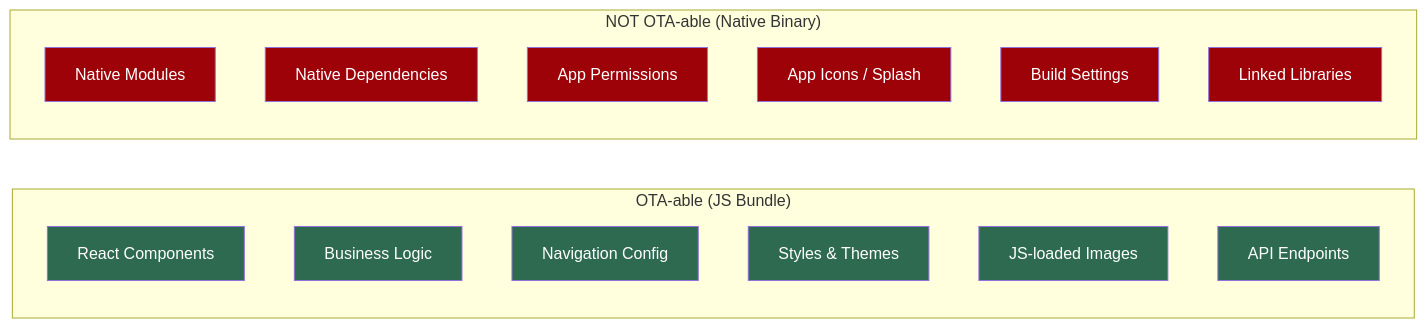
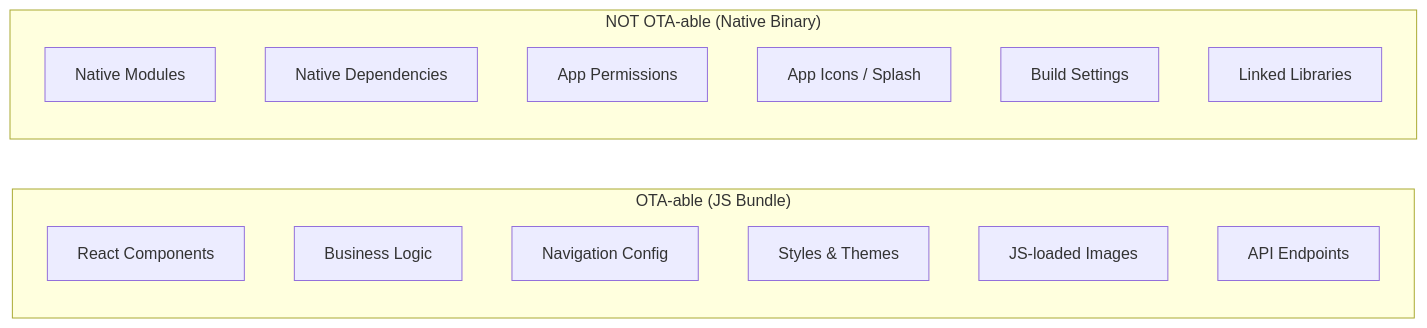
The fourth of 9 diagrams in arguments/chapters/rn-19-ota-updates.md (BabaScience/react-guides), drawn with Mermaid before and after one commit. The commit also changed other lines of this file and 63 other files, not shown here.

First line of the commit message:
Enrich React Native roadmap with deeper content, visuals, and FR/IT translations

````diff
--- a/arguments/chapters/rn-19-ota-updates.md
+++ b/arguments/chapters/rn-19-ota-updates.md
@@ -105,33 +151,20 @@
 ```mermaid
 graph LR
     subgraph "OTA-able (JS Bundle)"
         A[React Components]
         B[Business Logic]
         C[Navigation Config]
         D[Styles & Themes]
         E[JS-loaded Images]
         F[API Endpoints]
     end
 
     subgraph "NOT OTA-able (Native Binary)"
         G[Native Modules]
         H[Native Dependencies]
         I[App Permissions]
         J[App Icons / Splash]
         K[Build Settings]
         L[Linked Libraries]
     end
-
-    style A fill:#2d6a4f,color:#fff
-    style B fill:#2d6a4f,color:#fff
-    style C fill:#2d6a4f,color:#fff
-    style D fill:#2d6a4f,color:#fff
-    style E fill:#2d6a4f,color:#fff
-    style F fill:#2d6a4f,color:#fff
-    style G fill:#9d0208,color:#fff
-    style H fill:#9d0208,color:#fff
-    style I fill:#9d0208,color:#fff
-    style J fill:#9d0208,color:#fff
-    style K fill:#9d0208,color:#fff
-    style L fill:#9d0208,color:#fff
 ```
````
